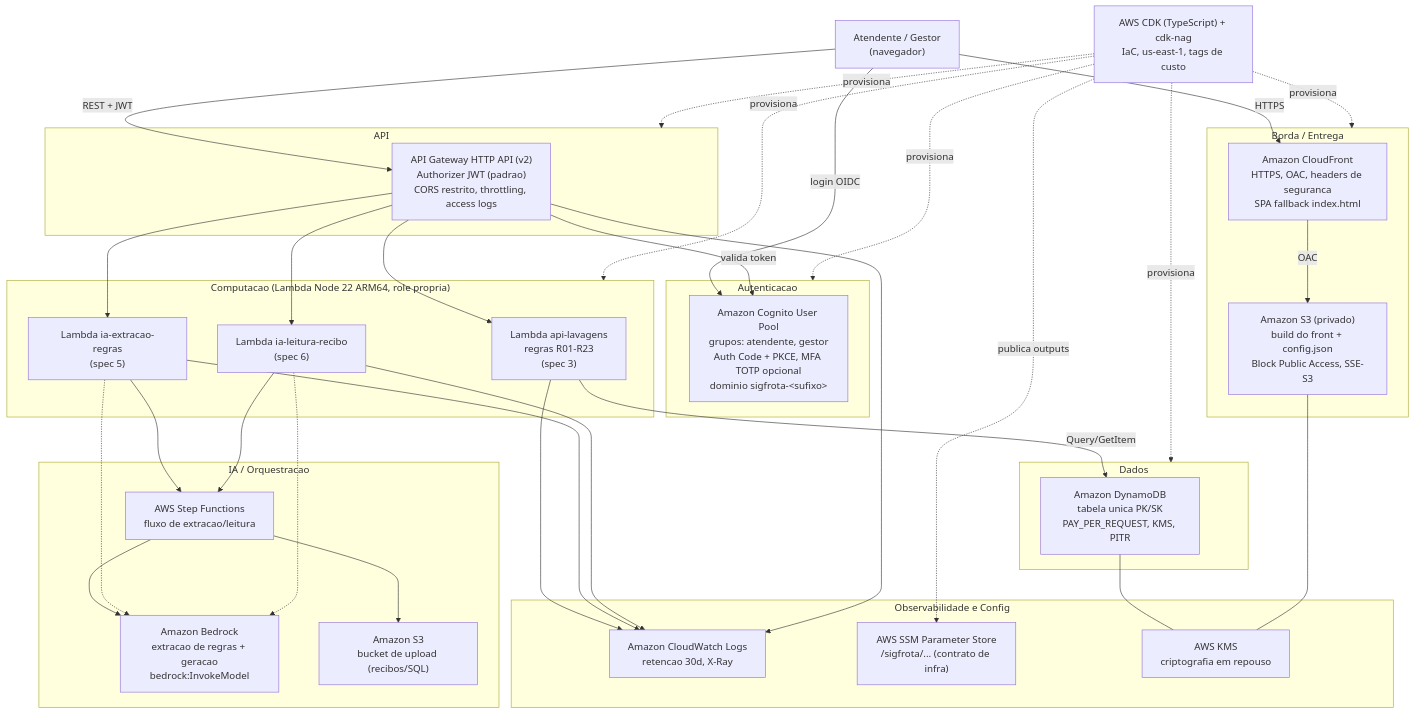
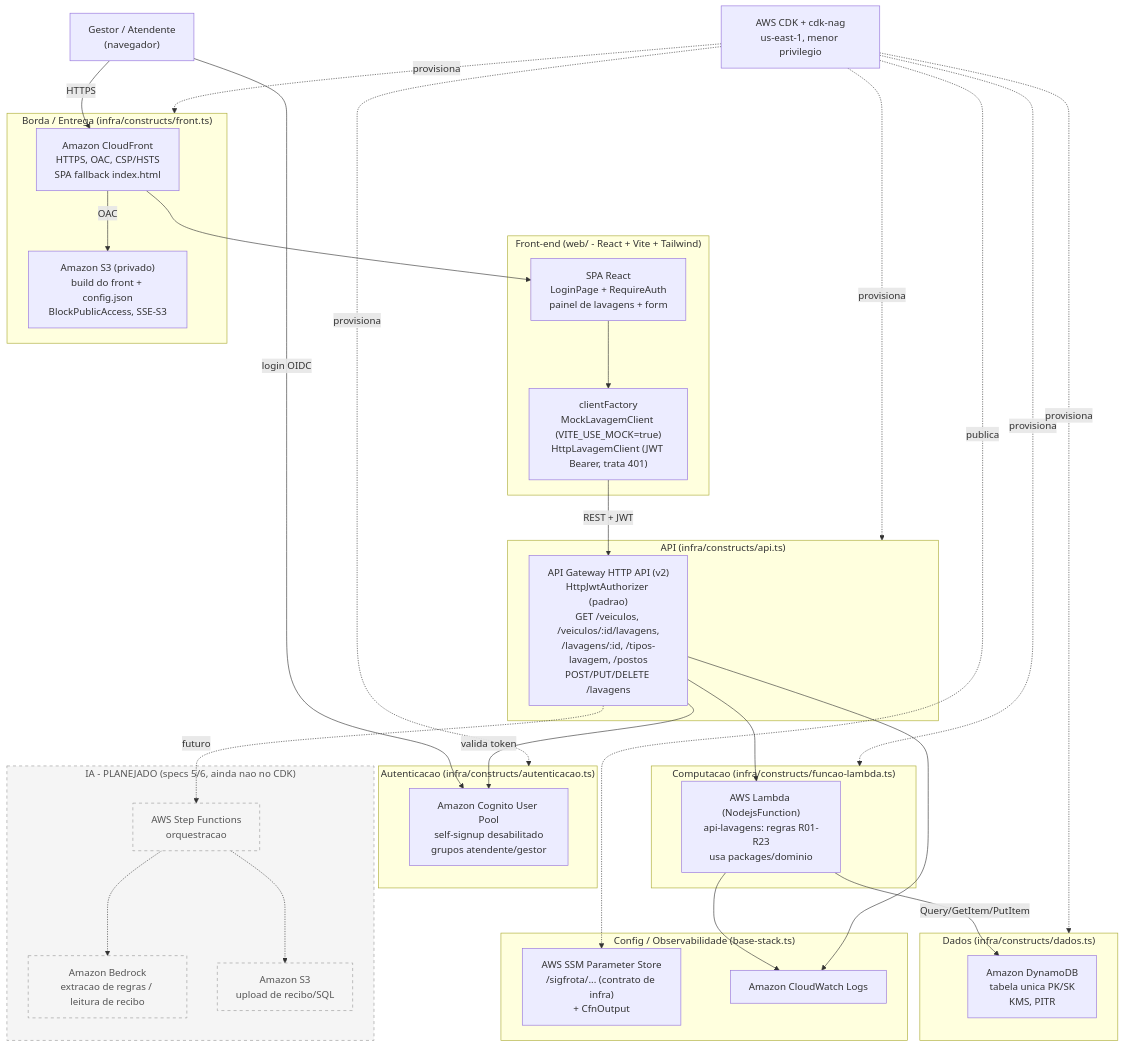
One commit to luanataz123/sigfrota changed the diagram in docs/arquitetura-aws.mmd. Above: the diagram before and after it, drawn with Mermaid. The commit also changed 1 other file, not shown here.

Commit message:
Arquitetura AWS ataulizada (Main)

```diff
--- a/docs/arquitetura-aws.mmd
+++ b/docs/arquitetura-aws.mmd
@@ -1,70 +1,70 @@
-%% Arquitetura AWS - SigFrota (modulo Lavagem)
-%% Fonte: .kiro/specs/infra-base/requirements.md
-%% Serverless, us-east-1, provisionado por AWS CDK + cdk-nag
+%% Arquitetura AWS - SIG Frota (modulo Lavagem) - versao alinhada ao codigo
+%% Implementado hoje: front React (web/), infra CDK (DynamoDB, Cognito,
+%%   API Gateway HTTP API + JWT, Lambda, S3+CloudFront, SSM, cdk-nag).
+%% Planejado (specs 5/6, ainda nao no CDK): Bedrock, Step Functions, EventBridge.
 graph TB
-    user["Atendente / Gestor<br/>(navegador)"]
+    user["Gestor / Atendente<br/>(navegador)"]
 
-    subgraph edge["Borda / Entrega"]
-        cf["Amazon CloudFront<br/>HTTPS, OAC, headers de seguranca<br/>SPA fallback index.html"]
-        s3web["Amazon S3 (privado)<br/>build do front + config.json<br/>Block Public Access, SSE-S3"]
+    subgraph front["Front-end (web/ - React + Vite + Tailwind)"]
+        spa["SPA React<br/>LoginPage + RequireAuth<br/>painel de lavagens + form"]
+        clients["clientFactory<br/>MockLavagemClient (VITE_USE_MOCK=true)<br/>HttpLavagemClient (JWT Bearer, trata 401)"]
     end
 
-    subgraph auth["Autenticacao"]
-        cognito["Amazon Cognito User Pool<br/>grupos: atendente, gestor<br/>Auth Code + PKCE, MFA TOTP opcional<br/>dominio sigfrota-&lt;sufixo&gt;"]
+    subgraph edge["Borda / Entrega (infra/constructs/front.ts)"]
+        cf["Amazon CloudFront<br/>HTTPS, OAC, CSP/HSTS<br/>SPA fallback index.html"]
+        s3web["Amazon S3 (privado)<br/>build do front + config.json<br/>BlockPublicAccess, SSE-S3"]
     end
 
-    subgraph api["API"]
-        apigw["API Gateway HTTP API (v2)<br/>Authorizer JWT (padrao)<br/>CORS restrito, throttling, access logs"]
+    subgraph auth["Autenticacao (infra/constructs/autenticacao.ts)"]
+        cognito["Amazon Cognito User Pool<br/>self-signup desabilitado<br/>grupos atendente/gestor"]
     end
 
-    subgraph compute["Computacao (Lambda Node 22 ARM64, role propria)"]
-        lmbLav["Lambda api-lavagens<br/>regras R01-R23<br/>(spec 3)"]
-        lmbRegra["Lambda ia-extracao-regras<br/>(spec 5)"]
-        lmbRecibo["Lambda ia-leitura-recibo<br/>(spec 6)"]
+    subgraph api["API (infra/constructs/api.ts)"]
+        apigw["API Gateway HTTP API (v2)<br/>HttpJwtAuthorizer (padrao)<br/>GET /veiculos, /veiculos/:id/lavagens,<br/>/lavagens/:id, /tipos-lavagem, /postos<br/>POST/PUT/DELETE /lavagens"]
     end
 
-    subgraph ia["IA / Orquestracao"]
-        sfn["AWS Step Functions<br/>fluxo de extracao/leitura"]
-        bedrock["Amazon Bedrock<br/>extracao de regras + geracao<br/>bedrock:InvokeModel"]
-        s3up["Amazon S3<br/>bucket de upload (recibos/SQL)"]
+    subgraph compute["Computacao (infra/constructs/funcao-lambda.ts)"]
+        lmbLav["AWS Lambda (NodejsFunction)<br/>api-lavagens: regras R01-R23<br/>usa packages/dominio"]
     end
 
-    subgraph dados["Dados"]
-        ddb["Amazon DynamoDB<br/>tabela unica PK/SK<br/>PAY_PER_REQUEST, KMS, PITR"]
+    subgraph dados["Dados (infra/constructs/dados.ts)"]
+        ddb["Amazon DynamoDB<br/>tabela unica PK/SK<br/>KMS, PITR"]
     end
 
-    subgraph obs["Observabilidade e Config"]
-        cw["Amazon CloudWatch Logs<br/>retencao 30d, X-Ray"]
-        ssm["AWS SSM Parameter Store<br/>/sigfrota/... (contrato de infra)"]
-        kms["AWS KMS<br/>criptografia em repouso"]
+    subgraph obs["Config / Observabilidade (base-stack.ts)"]
+        ssm["AWS SSM Parameter Store<br/>/sigfrota/... (contrato de infra)<br/>+ CfnOutput"]
+        cw["Amazon CloudWatch Logs"]
     end
 
-    iac["AWS CDK (TypeScript) + cdk-nag<br/>IaC, us-east-1, tags de custo"]
+    subgraph ia["IA - PLANEJADO (specs 5/6, ainda nao no CDK)"]
+        bedrock["Amazon Bedrock<br/>extracao de regras / leitura de recibo"]
+        sfn["AWS Step Functions<br/>orquestracao"]
+        s3up["Amazon S3<br/>upload de recibo/SQL"]
+    end
+
+    iac["AWS CDK + cdk-nag<br/>us-east-1, menor privilegio"]
 
     user -->|HTTPS| cf
     cf -->|OAC| s3web
+    cf --> spa
+    spa --> clients
     user -->|login OIDC| cognito
-    user -->|REST + JWT| apigw
+    clients -->|REST + JWT| apigw
     apigw -->|valida token| cognito
     apigw --> lmbLav
-    apigw --> lmbRegra
-    apigw --> lmbRecibo
-    lmbLav -->|Query/GetItem| ddb
-    lmbRegra --> sfn
-    lmbRecibo --> sfn
-    sfn --> bedrock
-    sfn --> s3up
-    lmbRegra -.-> bedrock
-    lmbRecibo -.-> bedrock
-    ddb --- kms
-    s3web --- kms
+    lmbLav -->|Query/GetItem/PutItem| ddb
     lmbLav --> cw
-    lmbRegra --> cw
-    lmbRecibo --> cw
     apigw --> cw
     iac -.provisiona.-> edge
     iac -.provisiona.-> auth
     iac -.provisiona.-> api
     iac -.provisiona.-> compute
     iac -.provisiona.-> dados
-    iac -.publica outputs.-> ssm
+    iac -.publica.-> ssm
+
+    sfn -.-> bedrock
+    sfn -.-> s3up
+    apigw -. futuro .-> sfn
+
+    classDef planned fill:#f5f5f5,stroke:#999,stroke-dasharray:5 5,color:#555;
+    class ia,bedrock,sfn,s3up planned;
```
